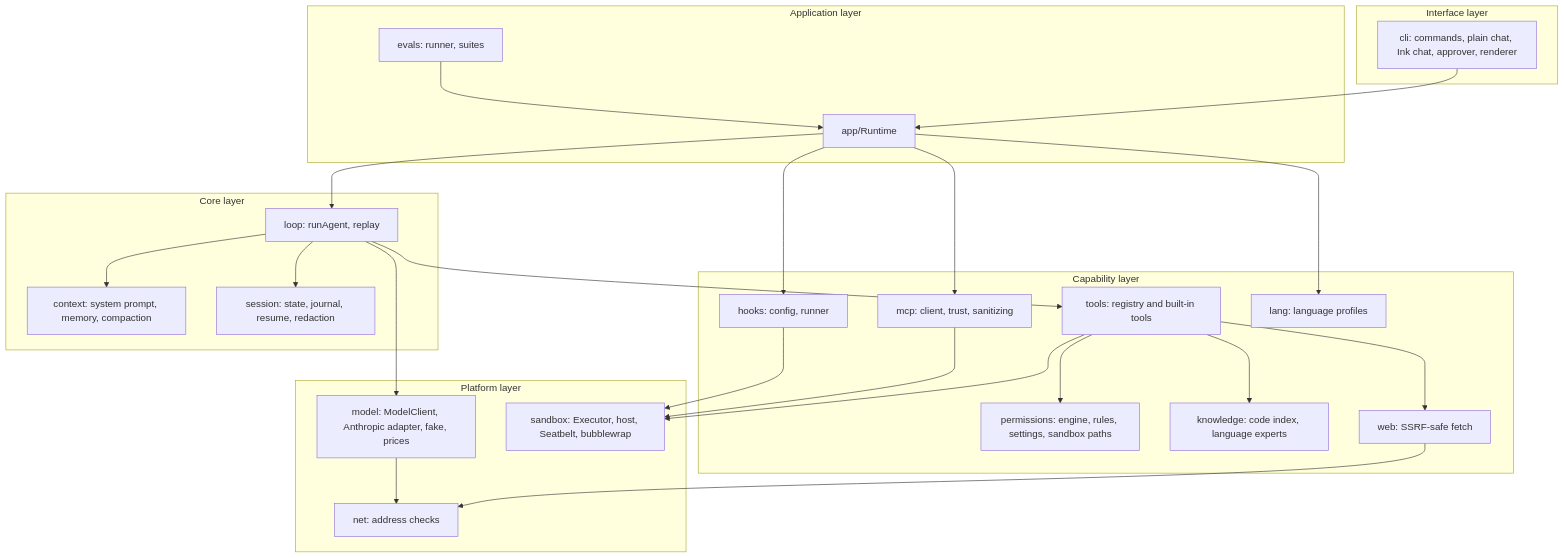
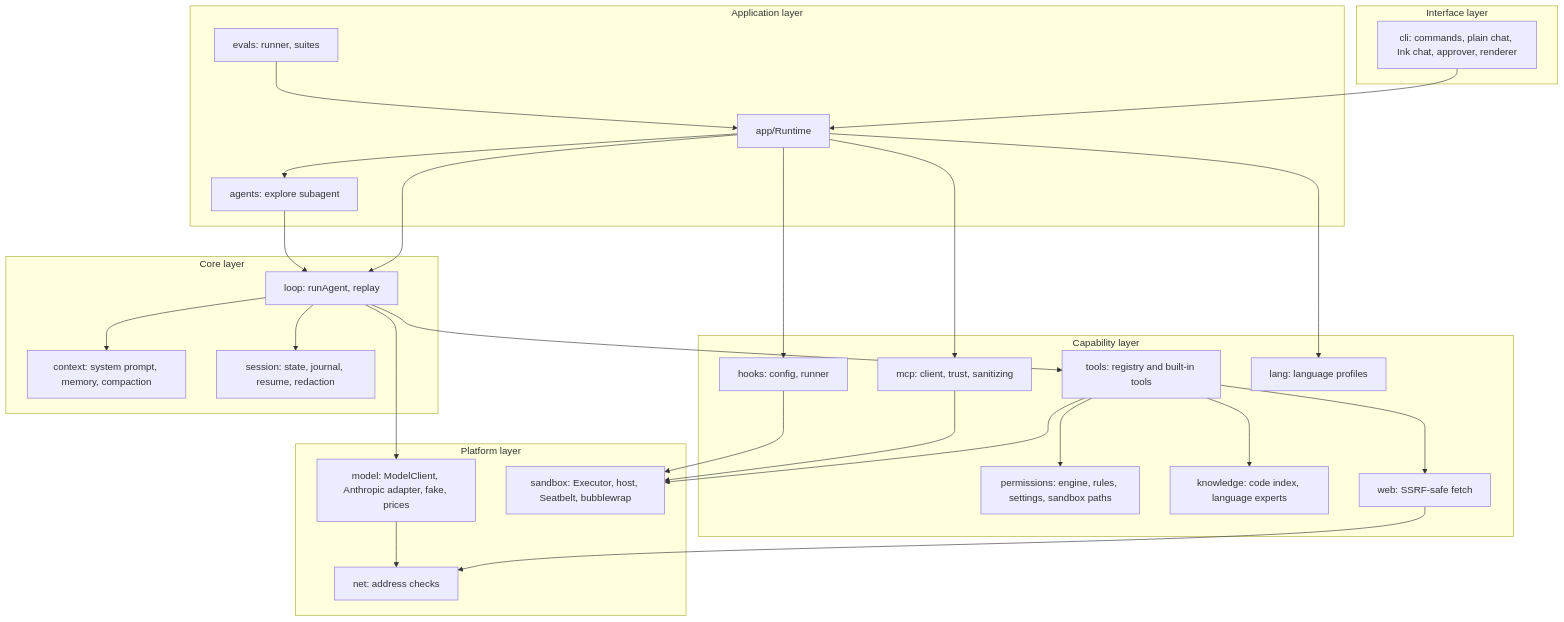
Before and after one commit to madhu-sv/garuda: the second of 3 diagrams in docs/architecture.md, drawn with Mermaid. The commit also changed other lines of this file and 30 other files, not shown here.

````diff
--- a/docs/architecture.md
+++ b/docs/architecture.md
@@ -41,47 +41,50 @@
 ```mermaid
 flowchart TB
   subgraph UI[Interface layer]
     cli[cli: commands, plain chat, Ink chat, approver, renderer]
   end
   subgraph App[Application layer]
     runtime[app/Runtime]
+    agents[agents: explore subagent]
     evals[evals: runner, suites]
   end
   subgraph Core[Core layer]
     loop[loop: runAgent, replay]
     context[context: system prompt, memory, compaction]
     session[session: state, journal, resume, redaction]
   end
   subgraph Capabilities[Capability layer]
     tools[tools: registry and built-in tools]
     permissions[permissions: engine, rules, settings, sandbox paths]
     knowledge[knowledge: code index, language experts]
     mcp[mcp: client, trust, sanitizing]
     web[web: SSRF-safe fetch]
     hooks[hooks: config, runner]
     lang[lang: language profiles]
   end
   subgraph Platform[Platform layer]
     model[model: ModelClient, Anthropic adapter, fake, prices]
     sandbox[sandbox: Executor, host, Seatbelt, bubblewrap]
     net[net: address checks]
   end
   cli --> runtime
   evals --> runtime
   runtime --> loop
   runtime --> mcp
   runtime --> hooks
   runtime --> lang
+  runtime --> agents
+  agents --> loop
   loop --> context
   loop --> session
   loop --> tools
   loop --> model
   tools --> permissions
   tools --> sandbox
   tools --> knowledge
   tools --> web
   mcp --> sandbox
   hooks --> sandbox
   web --> net
   model --> net
 ```
````
